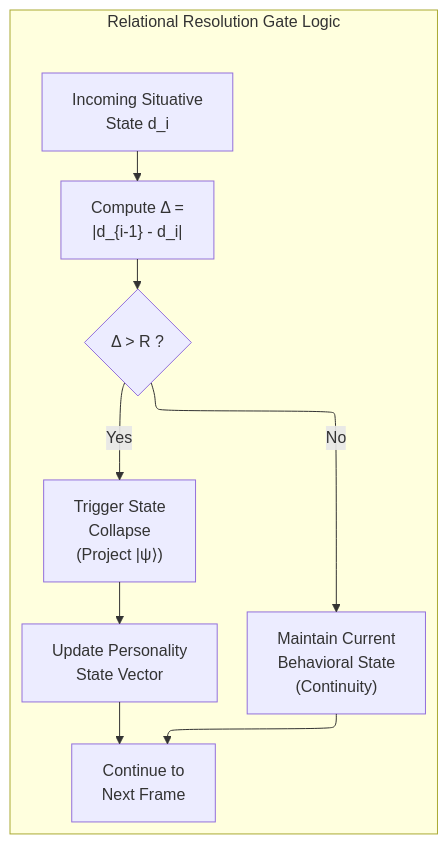
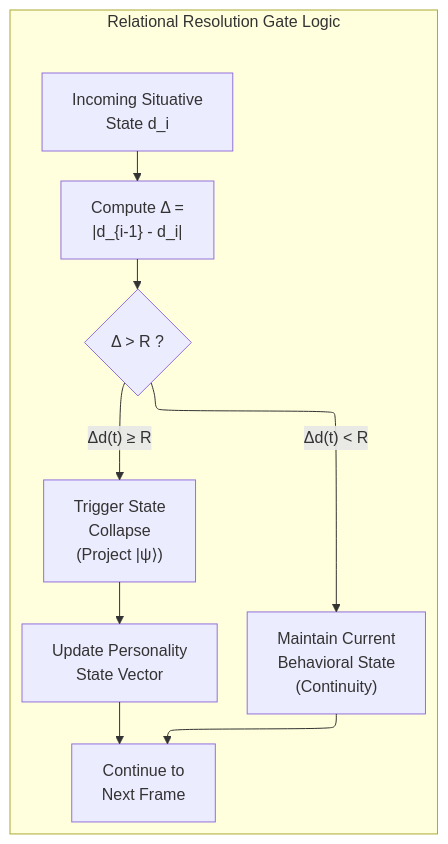
One commit to JustForCodin/Centaurian_Architecture_Implementation changed the fifth of 19 diagrams in Centaurian_Architecture_v3.md. Above: the diagram before and after it, drawn with Mermaid. The commit also changed other lines of this file, not shown here.

````diff
--- a/Centaurian_Architecture_v3.md
+++ b/Centaurian_Architecture_v3.md
@@ -485,13 +497,13 @@
 ```mermaid
 %%{init: {"flowchart": {"defaultRenderer": "elk"}} }%%
 graph TD
     subgraph "Relational Resolution Gate Logic"
         INPUT["Incoming Situative<br/>State d_i"] --> DELTA["Compute Δ =<br/>|d_{i-1} - d_i|"]
         DELTA --> CHECK{"Δ > R ?"}
-        CHECK -->|"No"| HOLD["Maintain Current<br/>Behavioral State<br/>(Continuity)"]
-        CHECK -->|"Yes"| COLLAPSE["Trigger State<br/>Collapse<br/>(Project |ψ⟩)"]
+        CHECK -->|"Δd(t) < R"| HOLD["Maintain Current<br/>Behavioral State<br/>(Continuity)"]
+        CHECK -->|"Δd(t) ≥ R"| COLLAPSE["Trigger State<br/>Collapse<br/>(Project |ψ⟩)"]
         COLLAPSE --> UPDATE["Update Personality<br/>State Vector"]
         HOLD --> NEXT["Continue to<br/>Next Frame"]
         UPDATE --> NEXT
     end
 ```
````
